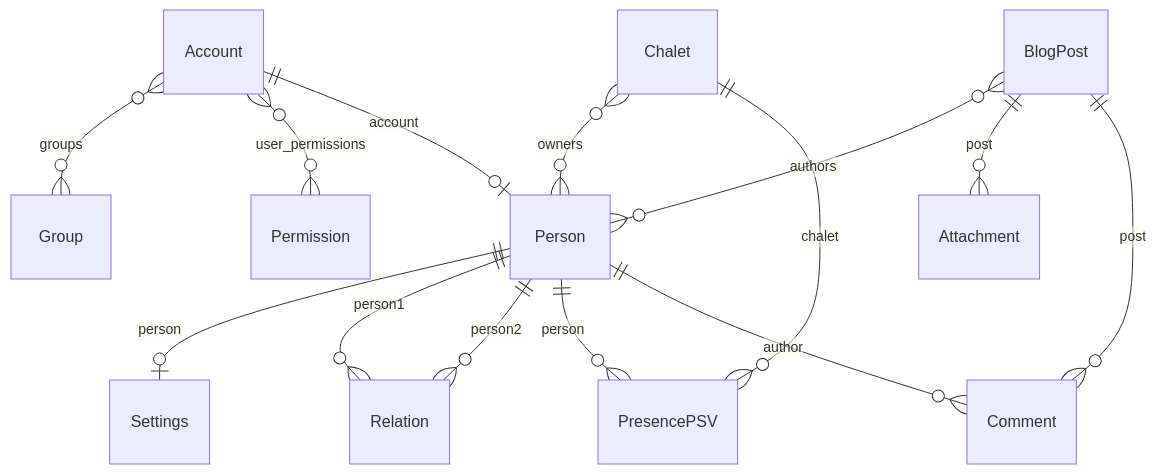
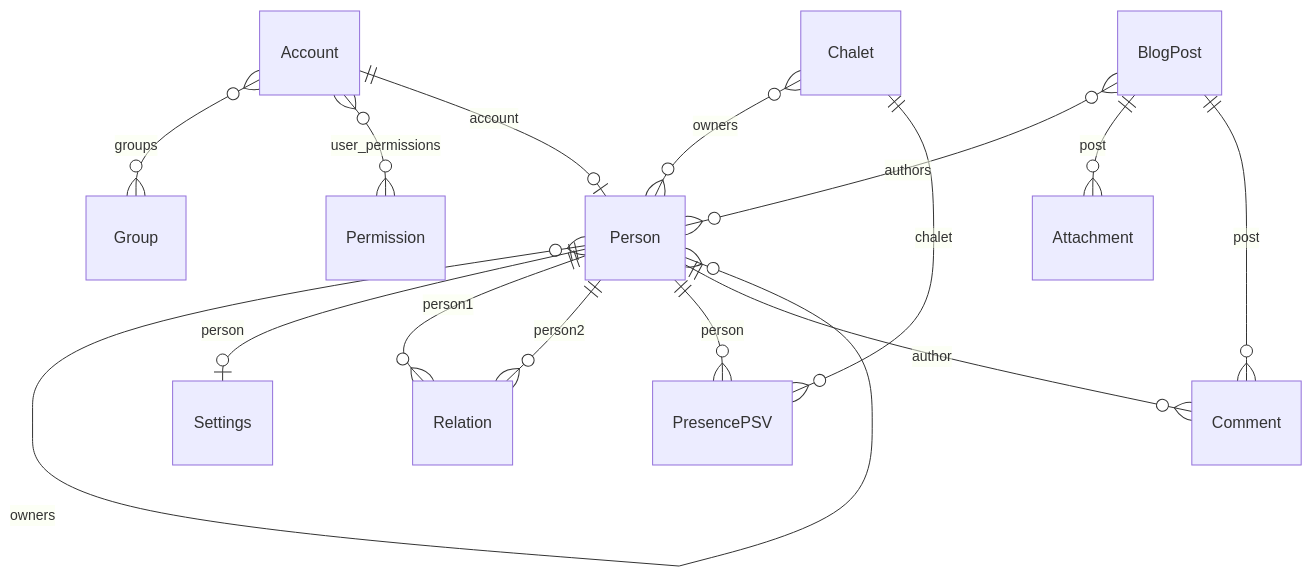
Before and after one commit to reboulip/famille-busson: the diagram in docs/data_model.md, drawn with Mermaid. The commit also changed other lines of this file and 20 other files, not shown here.

````diff
--- a/docs/data_model.md
+++ b/docs/data_model.md
@@ -8,16 +8,17 @@
 ```mermaid
 erDiagram
     Account }o--o{ Group : "groups"
     Account }o--o{ Permission : "user_permissions"
     Account ||--o| Person : "account"
+    Person }o--o{ Person : "owners"
     Person ||--o| Settings : "person"
     Person ||--o{ Relation : "person1"
     Person ||--o{ Relation : "person2"
     Chalet }o--o{ Person : "owners"
     Person ||--o{ PresencePSV : "person"
     Chalet ||--o{ PresencePSV : "chalet"
     BlogPost }o--o{ Person : "authors"
     BlogPost ||--o{ Attachment : "post"
     BlogPost ||--o{ Comment : "post"
     Person ||--o{ Comment : "author"
 ```
````
